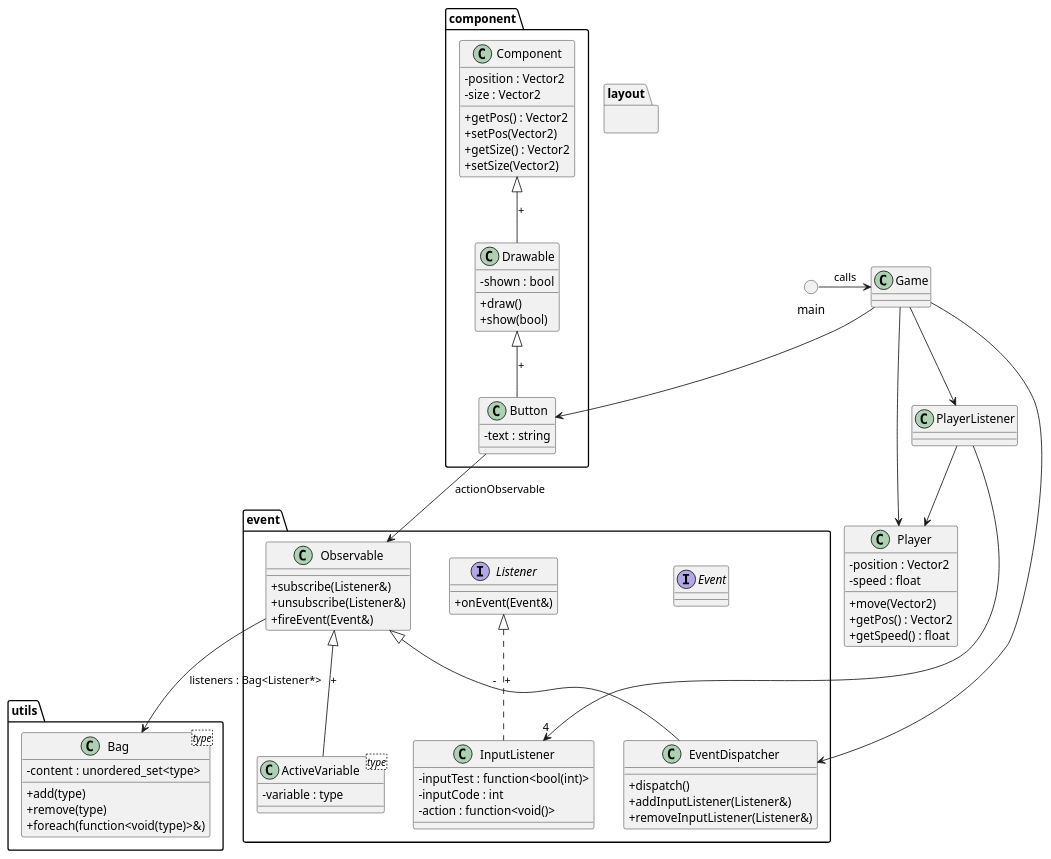
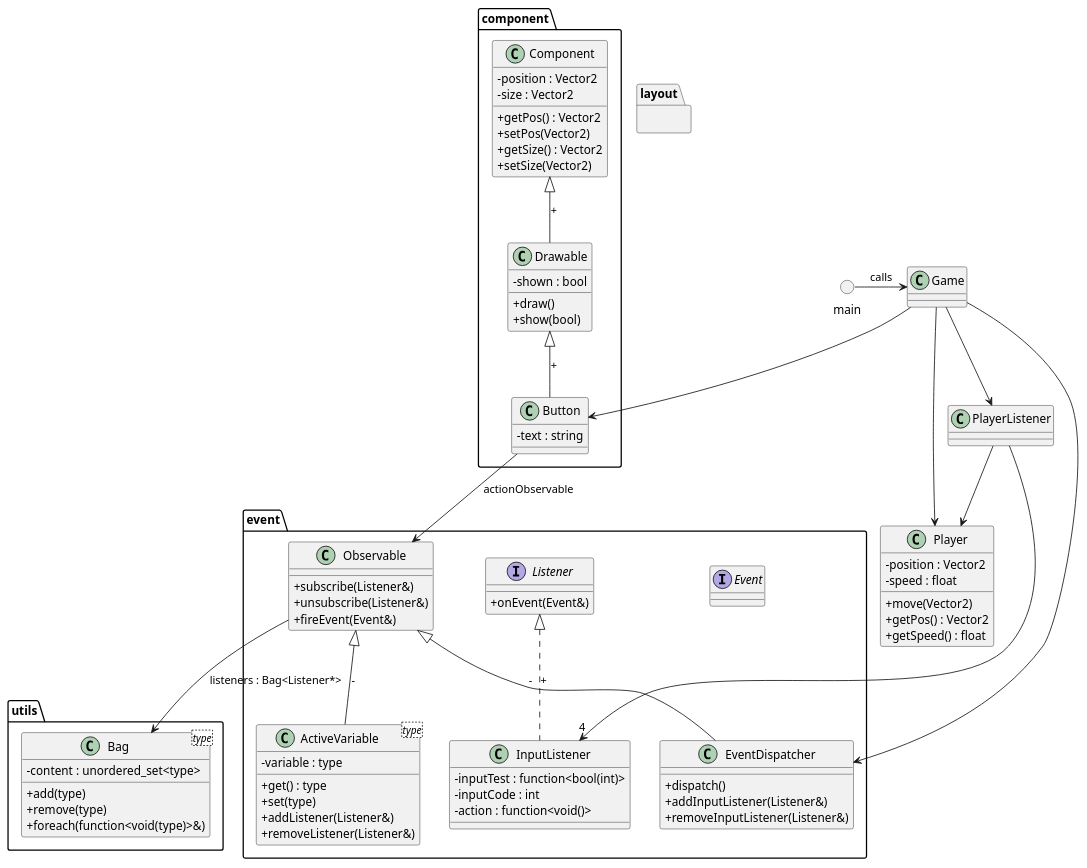
Before and after one commit to julesdupuis/CPP-UI-toolkit: the diagram in project.puml, drawn with PlantUML. The commit also changed 1 other file, not shown here.

Commit message:
added setter to ActiveVariable

```diff
--- a/project.puml
+++ b/project.puml
@@ -1,95 +1,99 @@
 @startuml project
 
 skinparam classAttributeIconSize 0
 
 () main
 class Game{
 
 }
 class Player{
     -position : Vector2
     -speed : float
     +move(Vector2)
     +getPos() : Vector2
     +getSpeed() : float
 }
 class PlayerListener{
 
 }
 
 main -> Game : calls
 Game --> Player
 Game --> PlayerListener
 
 package utils{
     class Bag<type>{
         -content : unordered_set<type>
         +add(type)
         +remove(type)
         +foreach(function<void(type)>&)
     }
 }
 
 package event{
     interface Event
     interface Listener{
         +onEvent(Event&)
     }
     class Observable{
         +subscribe(Listener&)
         +unsubscribe(Listener&)
         +fireEvent(Event&)
     }
     class InputListener{
         {field} -inputTest : function<bool(int)>
         -inputCode : int
         {field} -action : function<void()>
     }
     class EventDispatcher{
         +dispatch()
         +addInputListener(Listener&)
         +removeInputListener(Listener&)
     }
     class ActiveVariable<type>{
         -variable : type
+        +get() : type
+        +set(type)
+        +addListener(Listener&)
+        +removeListener(Listener&)
     }
 }
 
 Listener <|.. InputListener : +
 Observable <|-- EventDispatcher : -
-Observable <|-- ActiveVariable : +
+Observable <|-- ActiveVariable : -
 Observable --> Bag : listeners : Bag<Listener*>
 
 package component{
     class Component{
         -position : Vector2
         -size : Vector2
         +getPos() : Vector2
         +setPos(Vector2)
         +getSize() : Vector2
         +setSize(Vector2)
     }
     class Drawable{
         -shown : bool
         +draw()
         +show(bool)
     }
     class Button{
         -text : string
     }
 }
 
 Component <|-- Drawable : +
 Drawable <|-- Button : +
 Button --> Observable : actionObservable
 
 package layout{
 
 }
 
 PlayerListener --> "4" InputListener
 PlayerListener --> Player
 Game --> EventDispatcher
 Game --> Button
 
 @enduml
```
